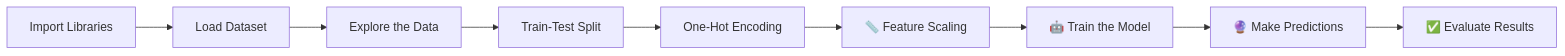
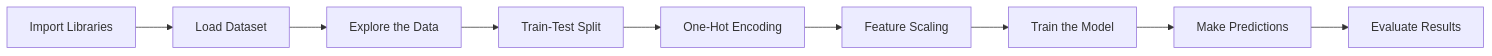
One commit to khaled-amireh/Customer-Churn-Prediction changed the diagram in README.md. Above: the diagram before and after it, drawn with Mermaid.

````diff
--- a/README.md
+++ b/README.md
@@ -93,11 +93,11 @@
 ```mermaid
 flowchart LR
     A[ Import Libraries] --> B[ Load Dataset]
     B --> C[ Explore the Data]
     C --> D[ Train-Test Split]
     D --> E[ One-Hot Encoding]
-    E --> F[📏 Feature Scaling]
-    F --> G[🤖 Train the Model]
-    G --> H[🔮 Make Predictions]
-    H --> I[✅ Evaluate Results]
+    E --> F[ Feature Scaling]
+    F --> G[ Train the Model]
+    G --> H[ Make Predictions]
+    H --> I[ Evaluate Results]
 ```
````
